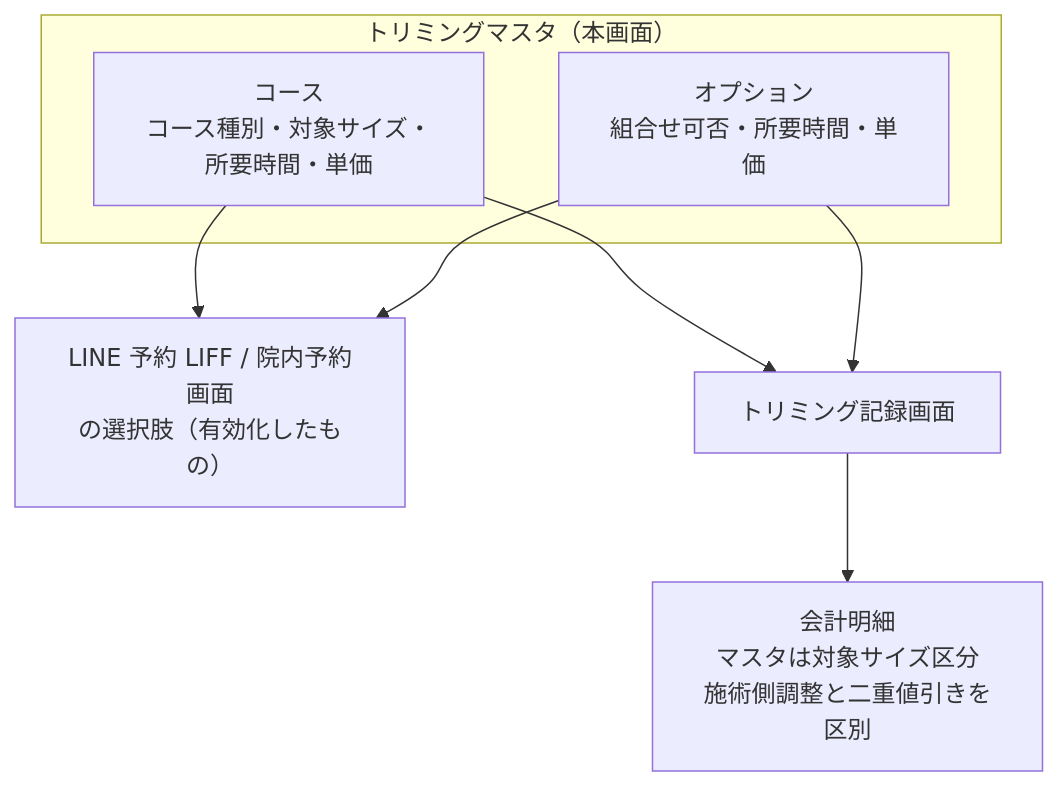
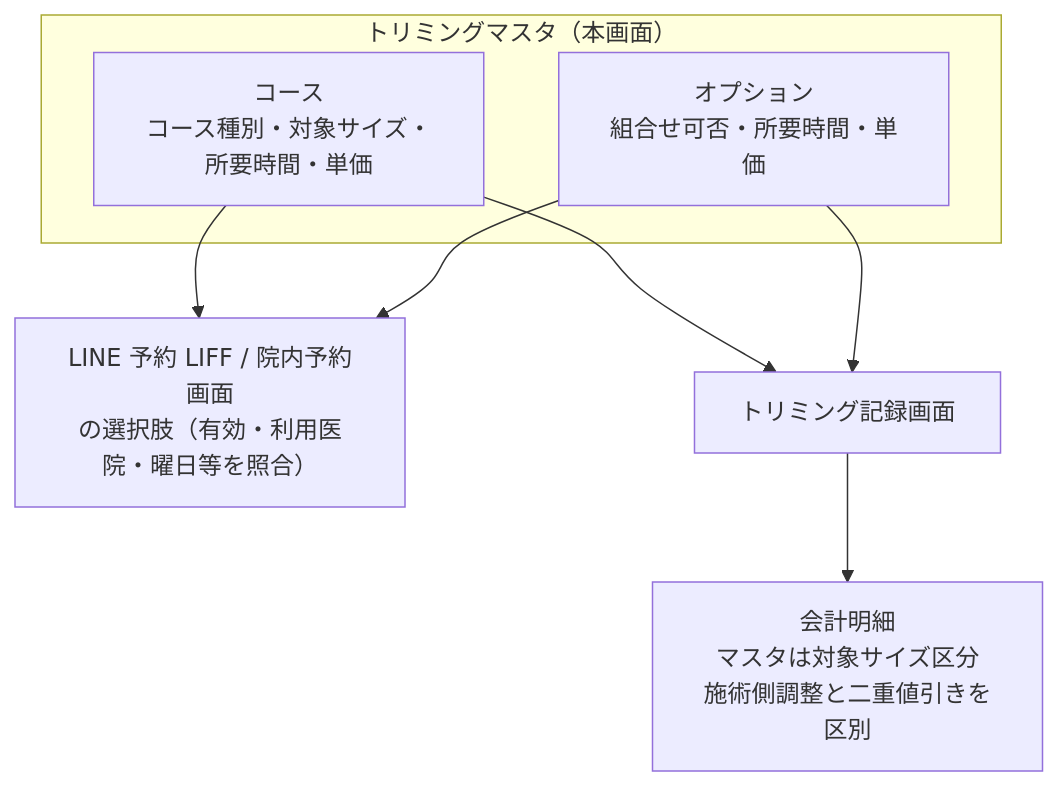
One commit to MinoruSoga/AnimalEkarte changed the diagram in docs/spec/screens/settings/master-trimming.md. Above: the diagram before and after it, drawn with Mermaid. The commit also changed other lines of this file and 79 other files, not shown here.

````diff
--- a/docs/spec/screens/settings/master-trimming.md
+++ b/docs/spec/screens/settings/master-trimming.md
@@ -36,12 +38,12 @@
 ```mermaid
 flowchart TB
     subgraph master["トリミングマスタ（本画面）"]
         course["コース<br/>コース種別・対象サイズ・所要時間・単価"]
         option["オプション<br/>組合せ可否・所要時間・単価"]
     end
-    course --> sel["LINE 予約 LIFF / 院内予約画面<br/>の選択肢（有効化したもの）"]
+    course --> sel["LINE 予約 LIFF / 院内予約画面<br/>の選択肢（有効・利用医院・曜日等を照合）"]
     option --> sel
     course --> rec["トリミング記録画面"]
     option --> rec
     rec --> bill["会計明細<br/>マスタは対象サイズ区分<br/>施術側調整と二重値引きを区別"]
 ```
````
